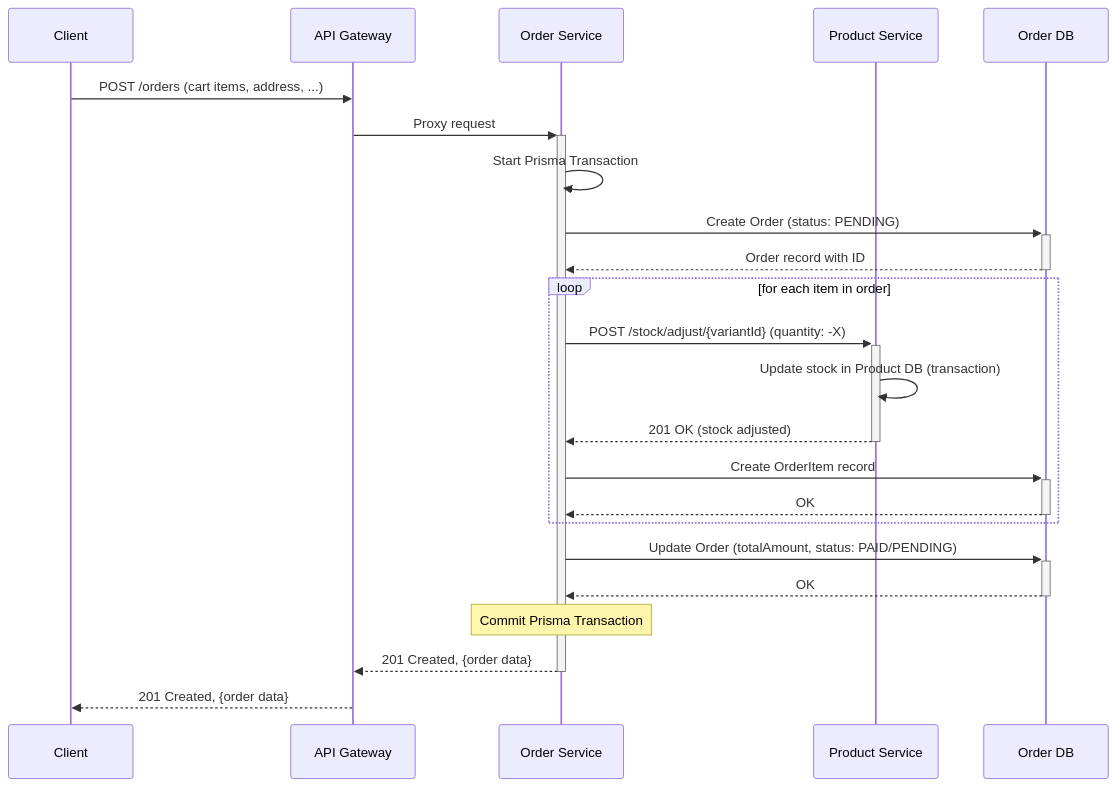
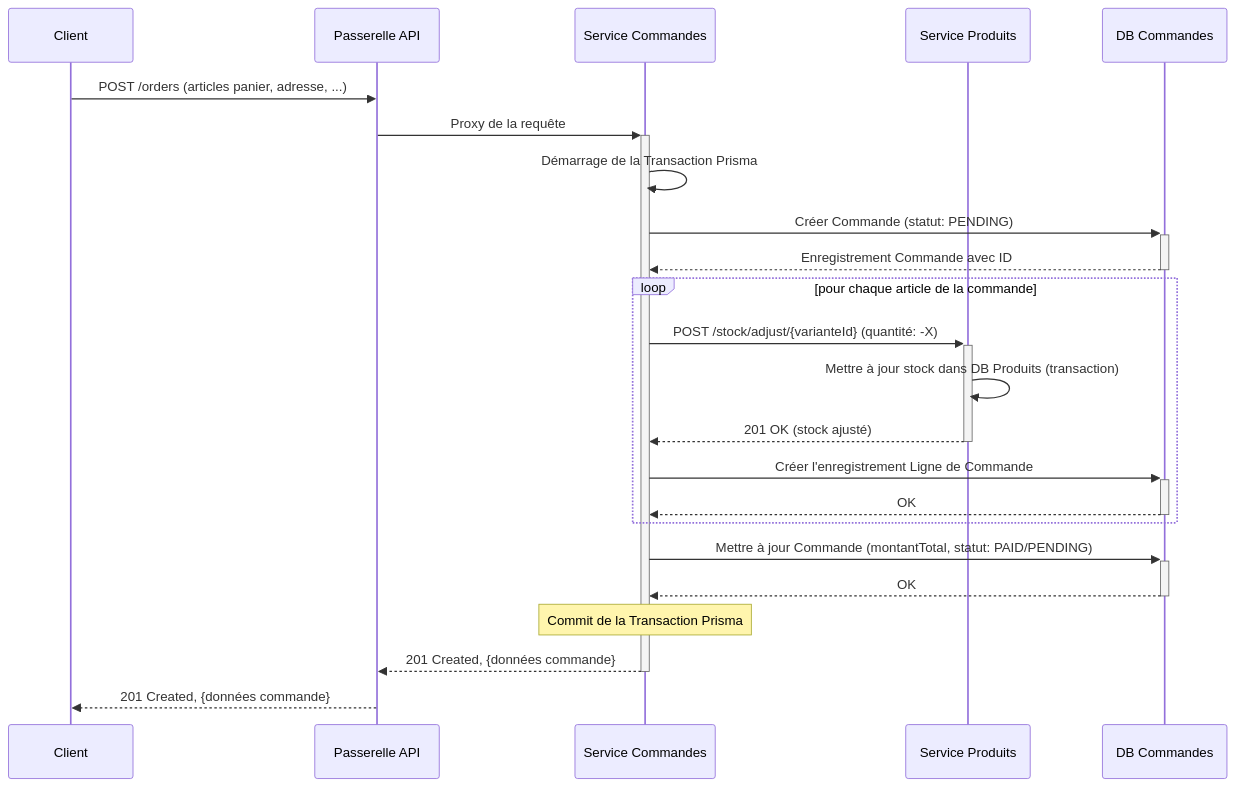
One commit to HarcheSamir/esisba-lirmm-ecommerce changed the ninth of 10 diagrams in MVP.md. Above: the diagram before and after it, drawn with Mermaid. The commit also changed other lines of this file, not shown here.

````diff
--- a/MVP.md
+++ b/MVP.md
@@ -563,28 +567,28 @@
 ```mermaid
 sequenceDiagram
     participant Client
-    participant APIGW as API Gateway
-    participant OrderSvc as Order Service
-    participant ProductSvc as Product Service
-    participant OrderDB as Order DB
+    participant APIGW as Passerelle API
+    participant OrderSvc as Service Commandes
+    participant ProductSvc as Service Produits
+    participant OrderDB as DB Commandes
 
-    Client->>APIGW: POST /orders (cart items, address, ...)
-    APIGW->>+OrderSvc: Proxy request
-    OrderSvc->>OrderSvc: Start Prisma Transaction
-    OrderSvc->>+OrderDB: Create Order (status: PENDING)
-    OrderDB-->>-OrderSvc: Order record with ID
+    Client->>APIGW: POST /orders (articles panier, adresse, ...)
+    APIGW->>+OrderSvc: Proxy de la requête
+    OrderSvc->>OrderSvc: Démarrage de la Transaction Prisma
+    OrderSvc->>+OrderDB: Créer Commande (statut: PENDING)
+    OrderDB-->>-OrderSvc: Enregistrement Commande avec ID
 
-    loop for each item in order
-        OrderSvc->>+ProductSvc: POST /stock/adjust/{variantId} (quantity: -X)
-        ProductSvc->>ProductSvc: Update stock in Product DB (transaction)
-        ProductSvc-->>-OrderSvc: 201 OK (stock adjusted)
-        OrderSvc->>+OrderDB: Create OrderItem record
+    loop pour chaque article de la commande
+        OrderSvc->>+ProductSvc: POST /stock/adjust/{varianteId} (quantité: -X)
+        ProductSvc->>ProductSvc: Mettre à jour stock dans DB Produits (transaction)
+        ProductSvc-->>-OrderSvc: 201 OK (stock ajusté)
+        OrderSvc->>+OrderDB: Créer l'enregistrement Ligne de Commande
         OrderDB-->>-OrderSvc: OK
     end
 
-    OrderSvc->>+OrderDB: Update Order (totalAmount, status: PAID/PENDING)
+    OrderSvc->>+OrderDB: Mettre à jour Commande (montantTotal, statut: PAID/PENDING)
     OrderDB-->>-OrderSvc: OK
-    Note over OrderSvc: Commit Prisma Transaction
-    OrderSvc-->>-APIGW: 201 Created, {order data}
-    APIGW-->>Client: 201 Created, {order data}
+    Note over OrderSvc: Commit de la Transaction Prisma
+    OrderSvc-->>-APIGW: 201 Created, {données commande}
+    APIGW-->>Client: 201 Created, {données commande}
 ```
````
